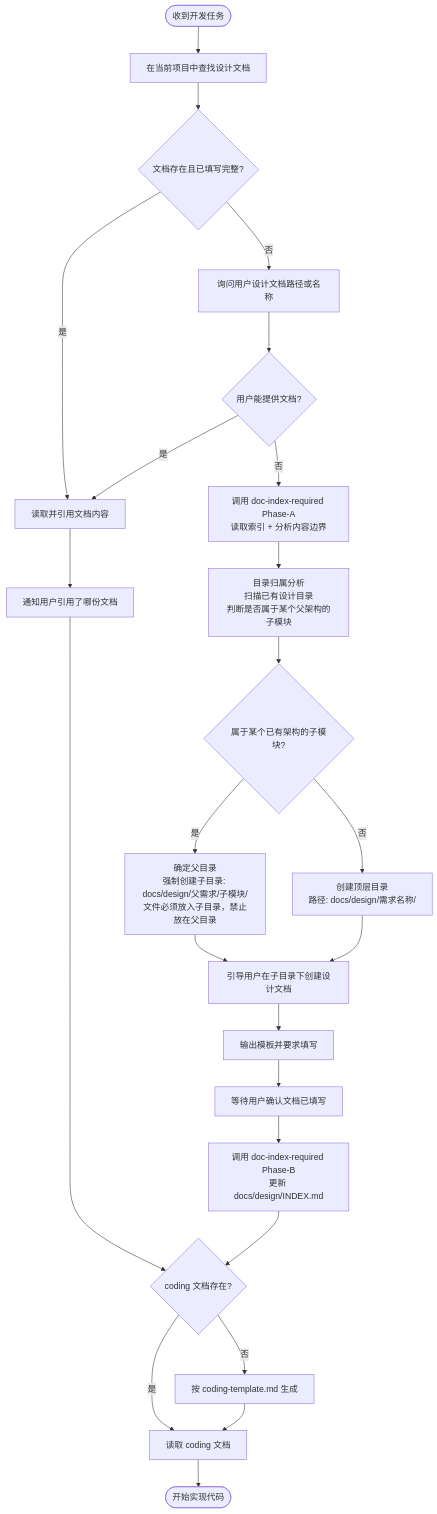
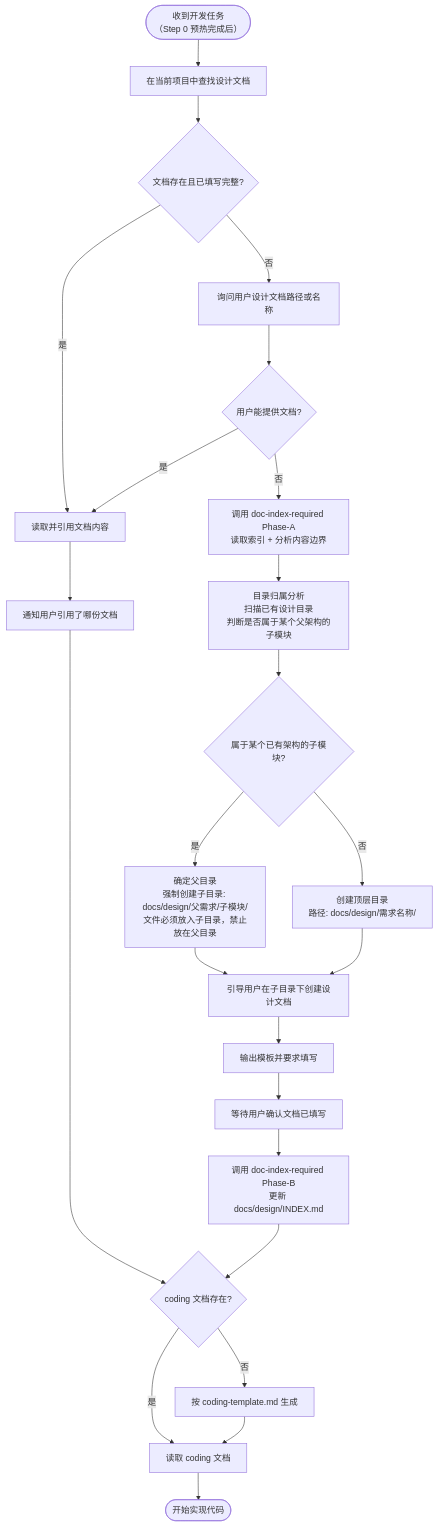
The second of 2 diagrams in skills/design-doc-required/SKILL.md (exception-coder/team-standards), drawn with Mermaid before and after one commit. The commit also changed other lines of this file and 4 other files, not shown here.

First line of the commit message:
feat(context-routing): 知识图谱上下文预热机制

````diff
--- a/skills/design-doc-required/SKILL.md
+++ b/skills/design-doc-required/SKILL.md
@@ -26,26 +64,26 @@
 ```mermaid
 flowchart TD
-    A(["收到开发任务"]) --> B["在当前项目中查找设计文档"]
+    A(["收到开发任务\n（Step 0 预热完成后）"]) --> B["在当前项目中查找设计文档"]
     B --> C{"文档存在且已填写完整?"}
     C -->|"是"| D["读取并引用文档内容"]
     D --> E["通知用户引用了哪份文档"]
     E --> CODING{"coding 文档存在?"}
     CODING -->|"是"| CODING_READ["读取 coding 文档"]
     CODING -->|"否"| CODING_GEN["按 coding-template.md 生成"]
     CODING_GEN --> CODING_READ
     CODING_READ --> Z(["开始实现代码"])
     C -->|"否"| F["询问用户设计文档路径或名称"]
     F --> G{"用户能提供文档?"}
     G -->|"是"| D
     G -->|"否"| IDX_A["调用 doc-index-required Phase-A\n读取索引 + 分析内容边界"]
     IDX_A --> BELONG["目录归属分析\n扫描已有设计目录\n判断是否属于某个父架构的子模块"]
     BELONG --> BELONG_Q{"属于某个已有架构的子模块?"}
     BELONG_Q -->|"是"| NEST["确定父目录\n强制创建子目录: docs/design/父需求/子模块/\n文件必须放入子目录，禁止放在父目录"]
     BELONG_Q -->|"否"| FLAT["创建顶层目录\n路径: docs/design/需求名称/"]
     NEST --> H["引导用户在子目录下创建设计文档"]
     FLAT --> H
     H --> I["输出模板并要求填写"]
     I --> J["等待用户确认文档已填写"]
     J --> IDX_B["调用 doc-index-required Phase-B\n更新 docs/design/INDEX.md"]
     IDX_B --> CODING
 ```
````
